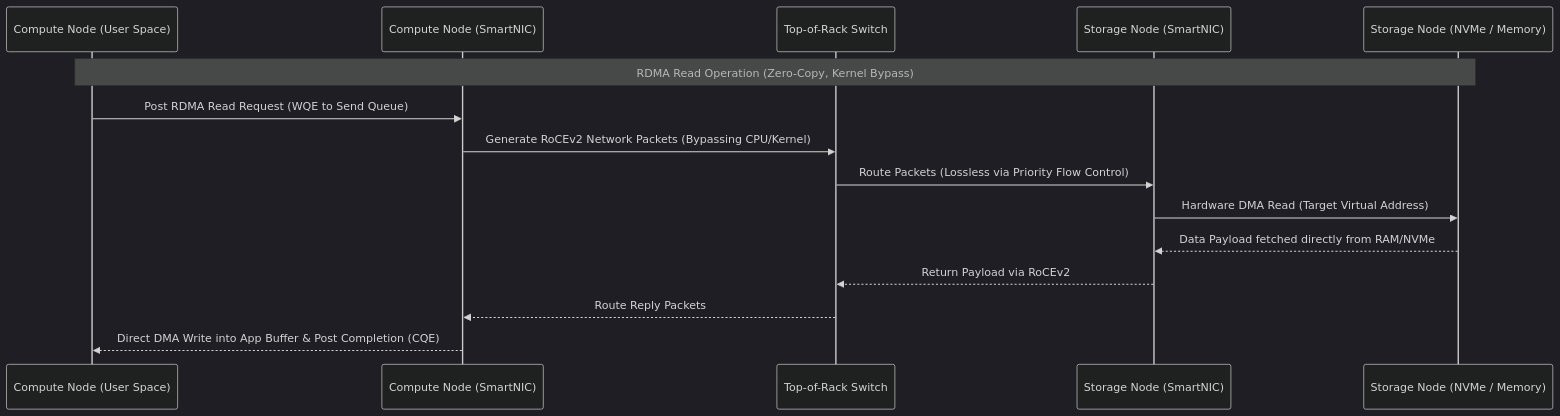
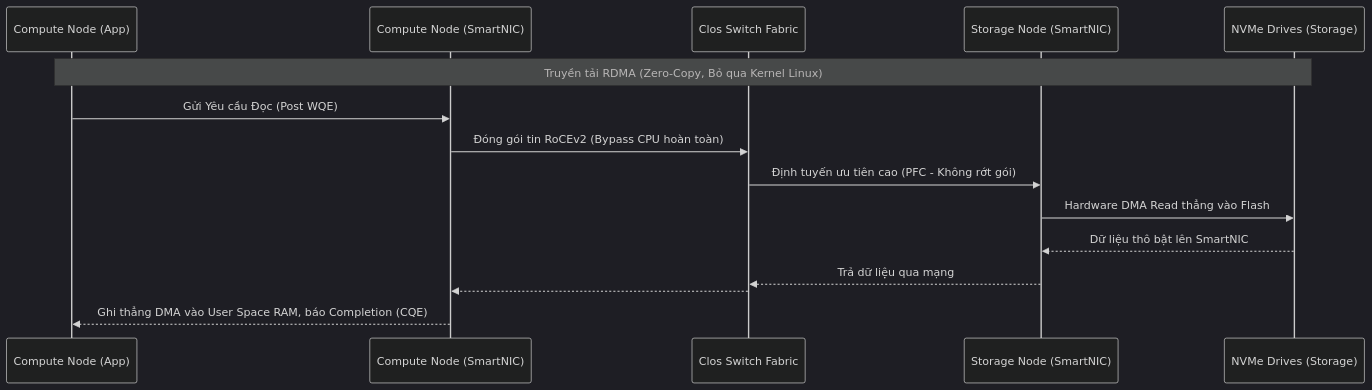
One commit to caubebinhan/landingpage changed the second of 2 diagrams in blogs/part-7/48-separation-of-storage-and-compute.md. Above: the diagram before and after it, drawn with Mermaid (dark theme). The commit also changed other lines of this file and 6563 other files, not shown here.

````diff
--- a/blogs/part-7/48-separation-of-storage-and-compute.md
+++ b/blogs/part-7/48-separation-of-storage-and-compute.md
@@ -94,19 +169,19 @@
 ```mermaid
 sequenceDiagram
-    participant App as Compute Node (User Space)
+    participant App as Compute Node (App)
     participant NIC_C as Compute Node (SmartNIC)
-    participant Switch as Top-of-Rack Switch
+    participant Switch as Clos Switch Fabric
     participant NIC_S as Storage Node (SmartNIC)
-    participant Mem_S as Storage Node (NVMe / Memory)
+    participant Mem_S as NVMe Drives (Storage)
     
-    Note over App, Mem_S: RDMA Read Operation (Zero-Copy, Kernel Bypass)
+    Note over App, Mem_S: Truyền tải RDMA (Zero-Copy, Bỏ qua Kernel Linux)
     
-    App->>NIC_C: Post RDMA Read Request (WQE to Send Queue)
-    NIC_C->>Switch: Generate RoCEv2 Network Packets (Bypassing CPU/Kernel)
-    Switch->>NIC_S: Route Packets (Lossless via Priority Flow Control)
-    NIC_S->>Mem_S: Hardware DMA Read (Target Virtual Address)
-    Mem_S-->>NIC_S: Data Payload fetched directly from RAM/NVMe
-    NIC_S-->>Switch: Return Payload via RoCEv2
-    Switch-->>NIC_C: Route Reply Packets
-    NIC_C-->>App: Direct DMA Write into App Buffer & Post Completion (CQE)
+    App->>NIC_C: Gửi Yêu cầu Đọc (Post WQE)
+    NIC_C->>Switch: Đóng gói tin RoCEv2 (Bypass CPU hoàn toàn)
+    Switch->>NIC_S: Định tuyến ưu tiên cao (PFC - Không rớt gói)
+    NIC_S->>Mem_S: Hardware DMA Read thẳng vào Flash
+    Mem_S-->>NIC_S: Dữ liệu thô bật lên SmartNIC
+    NIC_S-->>Switch: Trả dữ liệu qua mạng
+    Switch-->>NIC_C: 
+    NIC_C-->>App: Ghi thẳng DMA vào User Space RAM, báo Completion (CQE)
 ```
````
